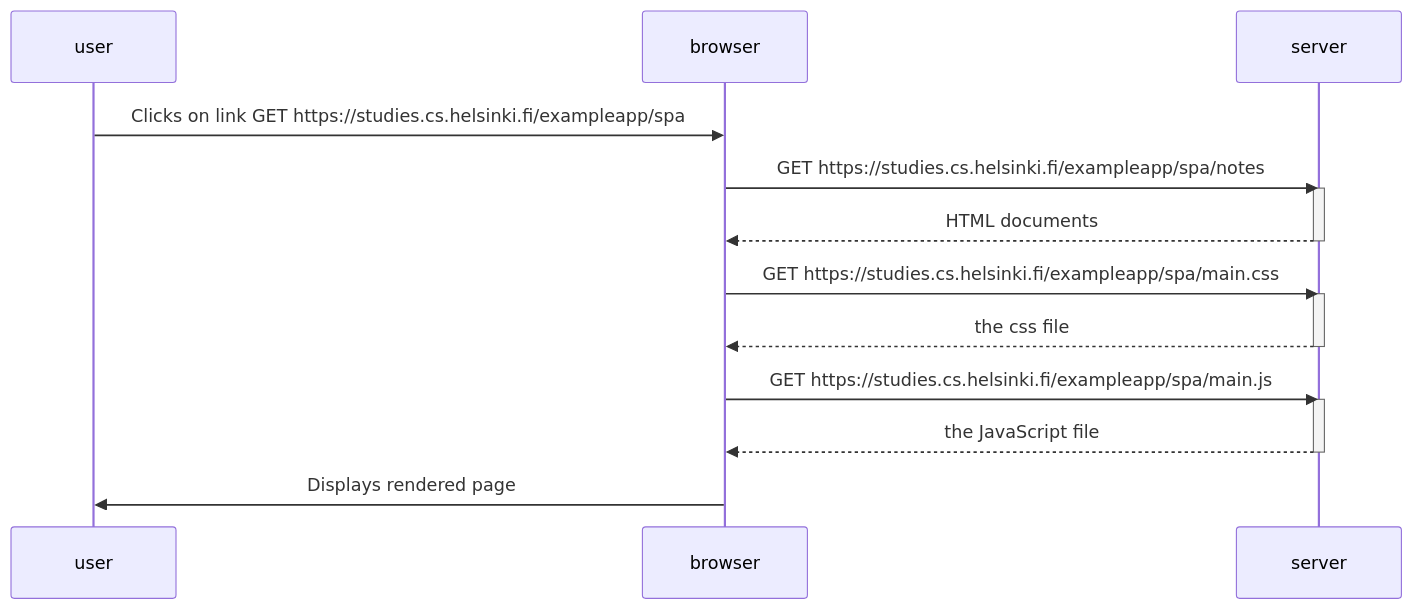
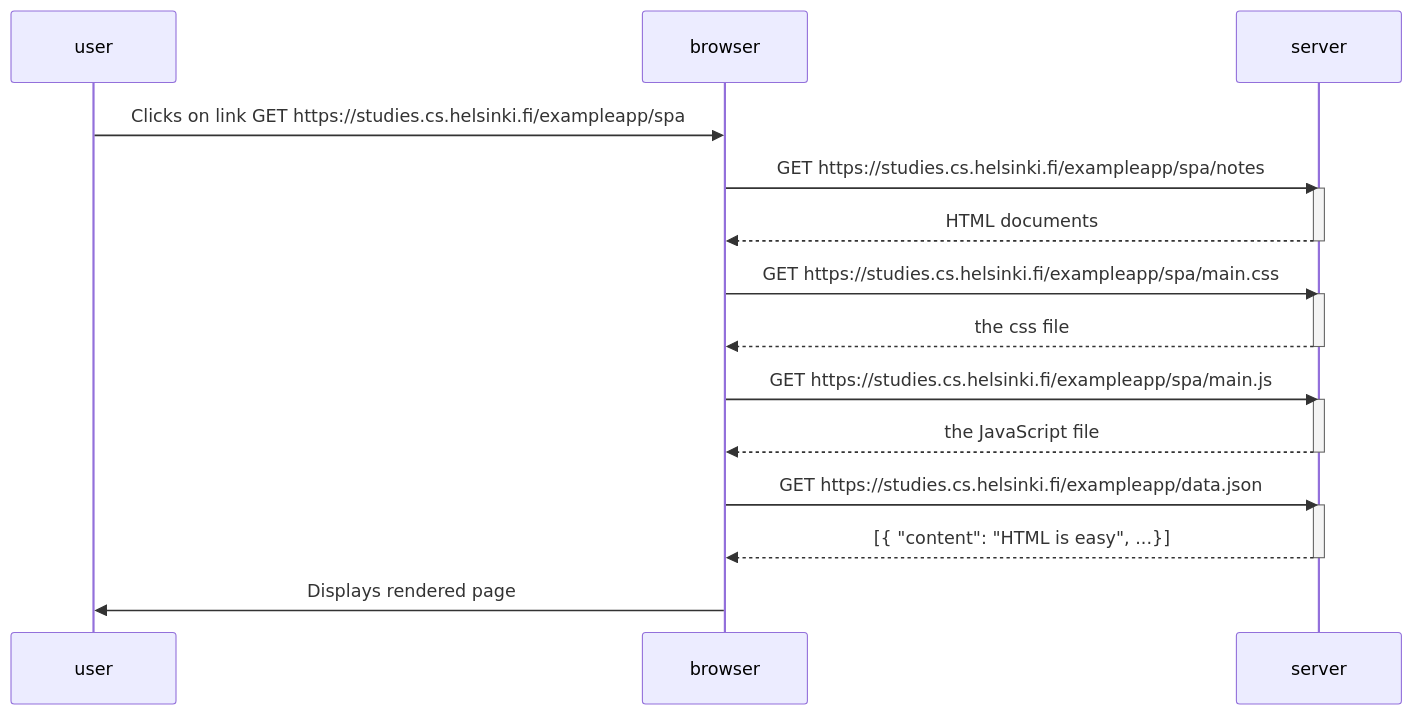
The diagram in part0 (0.4-0.6)/0.5.md (Kskx2203/fullStackOpen), drawn with Mermaid before and after one commit.

````diff
--- a/part0 (0.4-0.6)/0.5.md
+++ b/part0 (0.4-0.6)/0.5.md
@@ -1,27 +1,32 @@
 ```mermaid
 sequenceDiagram
     participant user
     participant browser
     participant server
 
     %% User clicks on the link
     user->>browser: Clicks on link GET https://studies.cs.helsinki.fi/exampleapp/spa
 
     %% Browser renders page
     browser->>server: GET https://studies.cs.helsinki.fi/exampleapp/spa/notes
     activate server
     server-->>browser: HTML documents
     deactivate server
 
     browser->>server: GET https://studies.cs.helsinki.fi/exampleapp/spa/main.css
     activate server
     server-->>browser: the css file
     deactivate server
 
     browser->>server: GET https://studies.cs.helsinki.fi/exampleapp/spa/main.js
     activate server
     server-->>browser: the JavaScript file
     deactivate server
 
+    browser->>server: GET https://studies.cs.helsinki.fi/exampleapp/data.json
+    activate server
+    server-->>browser: [{ "content": "HTML is easy", ...}]
+    deactivate server
+
     browser->>user: Displays rendered page
 ```
````
